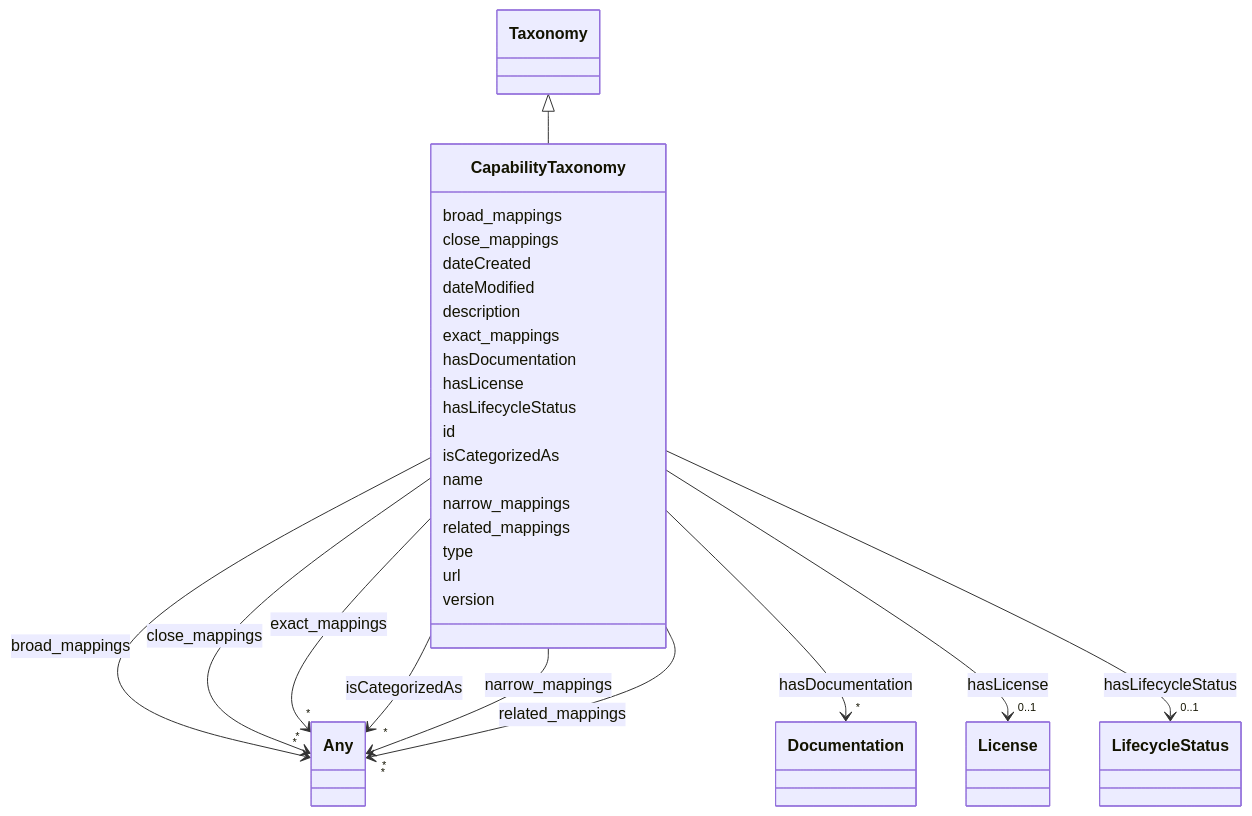
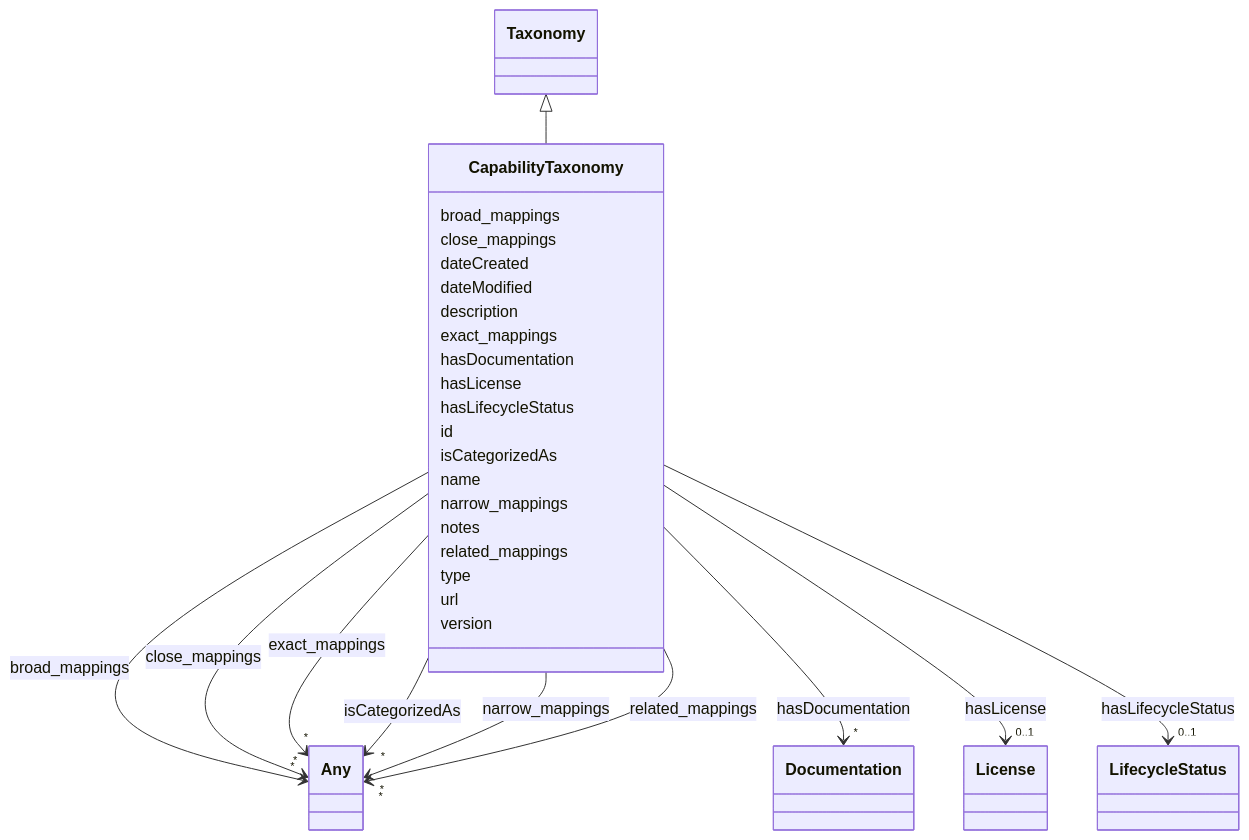
One commit to ingelise/risk-atlas-nexus changed the diagram in docs/ontology/CapabilityTaxonomy.md. Above: the diagram before and after it, drawn with Mermaid. The commit also changed other lines of this file and 318 other files, not shown here.

```diff
--- a/docs/ontology/CapabilityTaxonomy.md
+++ b/docs/ontology/CapabilityTaxonomy.md
@@ -116,6 +116,8 @@
 
 
 
+      CapabilityTaxonomy : notes
+
       CapabilityTaxonomy : related_mappings
 
 
```
